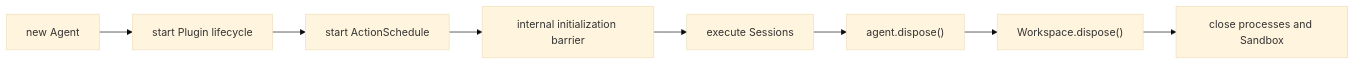
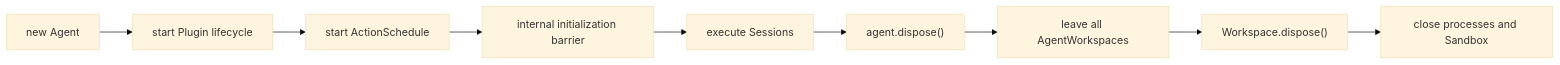
The second of 2 diagrams in homepage/content/docs/en/agent/runtime-architecture.mdx (genesiscosmos/downcity), drawn with Mermaid (base theme) before and after one commit. The commit also changed other lines of this file and 322 other files, not shown here.

````diff
--- a/homepage/content/docs/en/agent/runtime-architecture.mdx
+++ b/homepage/content/docs/en/agent/runtime-architecture.mdx
@@ -185,10 +184,11 @@
 ```mermaid
 flowchart LR
     Construct["new Agent"] --> Plugins["start Plugin lifecycle"]
     Plugins --> Schedule["start ActionSchedule"]
     Schedule --> Barrier["internal initialization barrier"]
     Barrier --> Running["execute Sessions"]
     Running --> Dispose["agent.dispose()"]
-    Dispose --> Workspace["Workspace.dispose()"]
+    Dispose --> Leave["leave all AgentWorkspaces"]
+    Leave --> Workspace["Workspace.dispose()"]
     Workspace --> Shell["close processes and Sandbox"]
 ```
````
